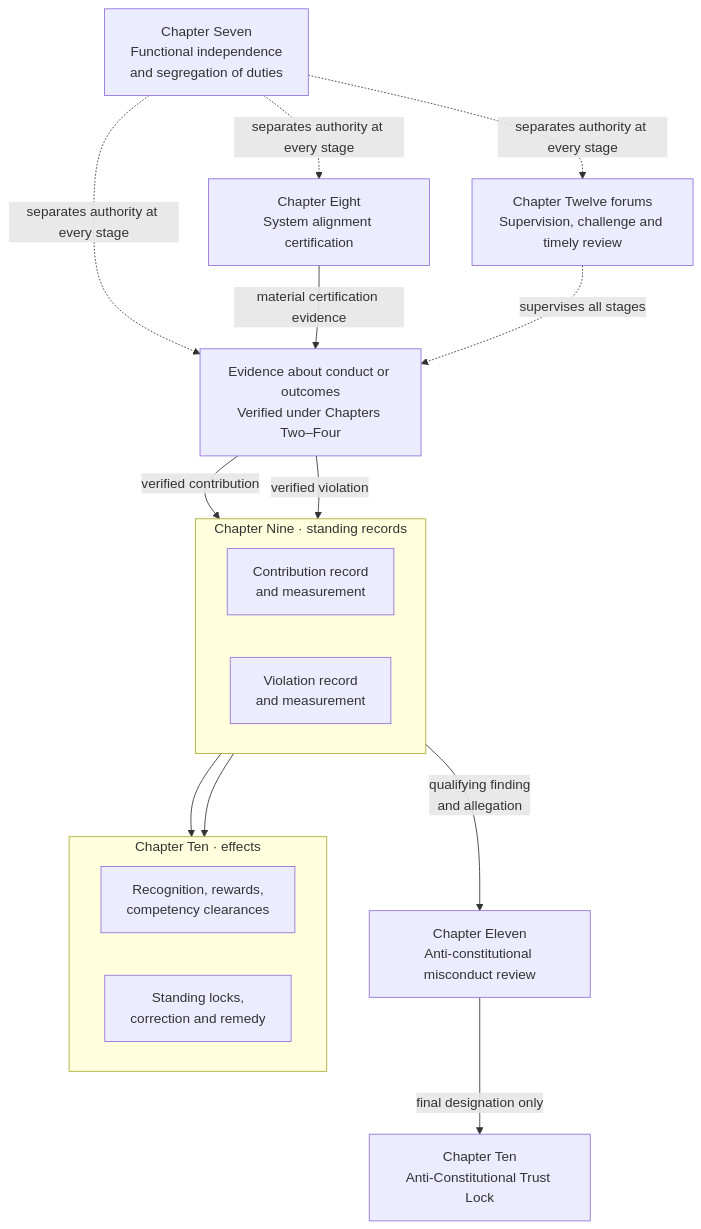
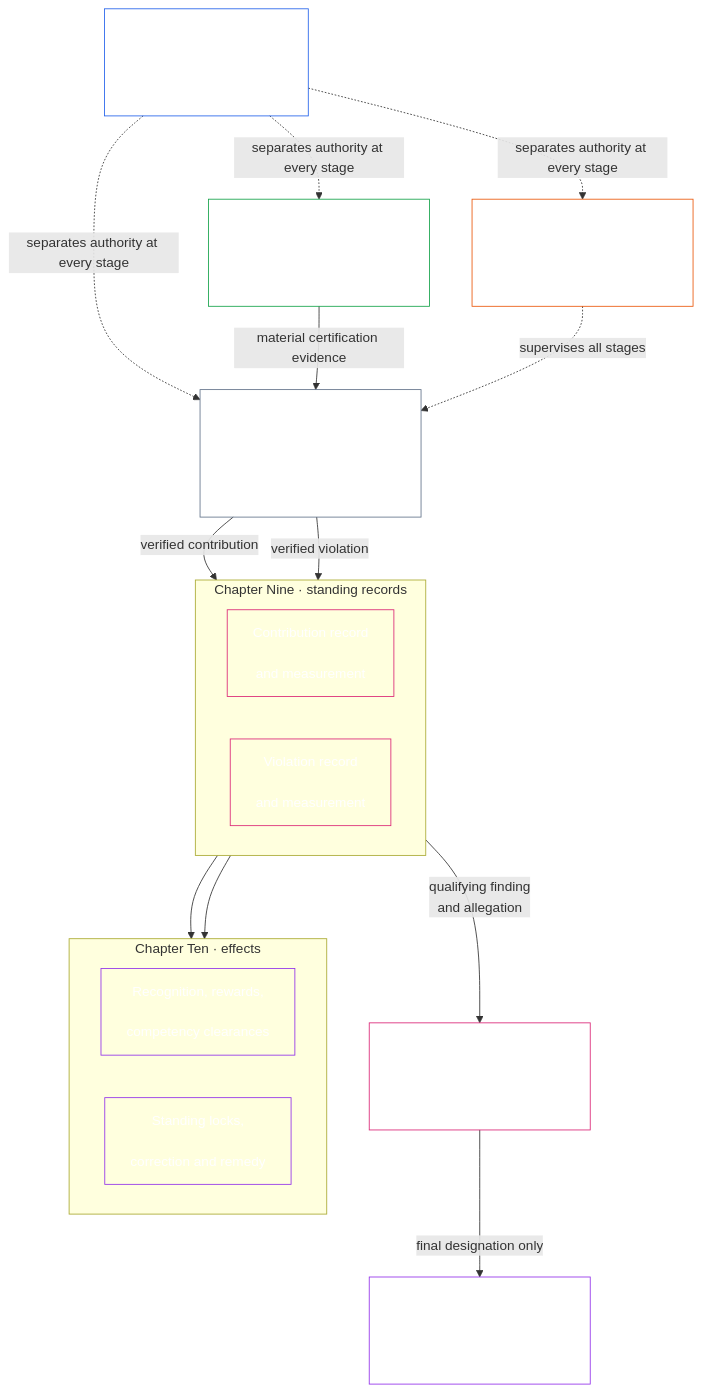
Diagram 11 of 20 in CONCEPTUAL_OVERVIEW.md (kfoelsch/Sentient_Constitution), drawn with Mermaid before and after one commit. The commit also changed other lines of this file and 22 other files, not shown here.

````diff
--- a/CONCEPTUAL_OVERVIEW.md
+++ b/CONCEPTUAL_OVERVIEW.md
@@ -469,30 +549,40 @@
 ```mermaid
 flowchart TB
-    D["Chapter Seven<br/>Functional independence<br/>and segregation of duties"]
-    S["Chapter Eight<br/>System alignment certification"]
-    E["Evidence about conduct or outcomes<br/>Verified under Chapters Two–Four"]
+    D["Chapter Seven<br/><br/>Functional independence<br/>and segregation of duties"]
+    S["Chapter Eight<br/><br/>System alignment certification"]
+    E["Evidence about conduct or outcomes<br/><br/>Verified under Chapters Two–Four"]
     subgraph Q["Chapter Nine · standing records"]
         direction LR
-        C["Contribution record<br/>and measurement"]
-        V["Violation record<br/>and measurement"]
+        C["Contribution record<br/><br/>and measurement"]
+        V["Violation record<br/><br/>and measurement"]
     end
     subgraph N["Chapter Ten · effects"]
         direction LR
-        U["Recognition, rewards,<br/>competency clearances"]
-        R["Standing locks,<br/>correction and remedy"]
+        U["Recognition, rewards,<br/><br/>competency clearances"]
+        R["Standing locks,<br/><br/>correction and remedy"]
     end
-    M["Chapter Eleven<br/>Anti-constitutional misconduct review"]
-    L["Chapter Ten<br/>Anti-Constitutional Trust Lock"]
-    F["Chapter Twelve forums<br/>Supervision, challenge and timely review"]
+    M["Chapter Eleven<br/><br/>Anti-constitutional misconduct review"]
+    L["Chapter Ten<br/><br/>Anti-Constitutional Trust Lock"]
+    F["Chapter Twelve forums<br/><br/>Supervision, challenge and timely review"]
     D -.->|separates authority at every stage| S
     D -.->|separates authority at every stage| E
     D -.->|separates authority at every stage| F
     C --> U
     V --> R
     M -->|final designation only| L
     V -->|qualifying finding<br/>and allegation| M
     S -->|material certification evidence| E
     E -->|verified contribution| C
     E -->|verified violation| V
     F -.->|supervises all stages| E
+    style D fill:none,stroke:#2563eb,color:#ffffff
+    style S fill:none,stroke:#16a34a,color:#ffffff
+    style E fill:none,stroke:#64748b,color:#ffffff
+    style C fill:none,stroke:#db2777,color:#ffffff
+    style V fill:none,stroke:#db2777,color:#ffffff
+    style U fill:none,stroke:#9333ea,color:#ffffff
+    style R fill:none,stroke:#9333ea,color:#ffffff
+    style M fill:none,stroke:#db2777,color:#ffffff
+    style L fill:none,stroke:#9333ea,color:#ffffff
+    style F fill:none,stroke:#ea580c,color:#ffffff
 ```
````
